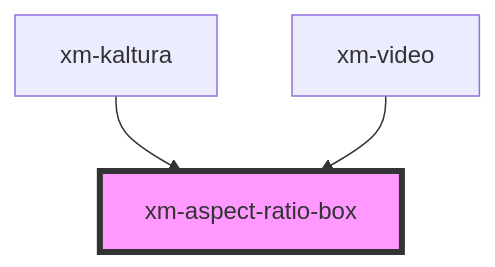
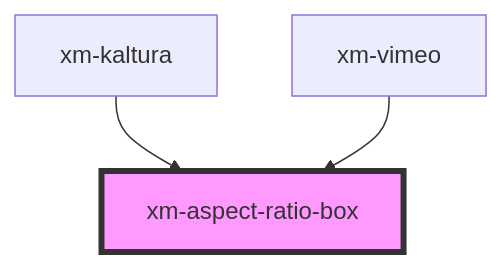
One commit to openHPI/xikolo-video-player changed the diagram in src/components/aspect-ratio-box/readme.md. Above: the diagram before and after it, drawn with Mermaid. The commit also changed other lines of this file and 3 other files, not shown here.

````diff
--- a/src/components/aspect-ratio-box/readme.md
+++ b/src/components/aspect-ratio-box/readme.md
@@ -23,6 +23,6 @@
 ```mermaid
 graph TD;
   xm-kaltura --> xm-aspect-ratio-box
-  xm-video --> xm-aspect-ratio-box
+  xm-vimeo --> xm-aspect-ratio-box
   style xm-aspect-ratio-box fill:#f9f,stroke:#333,stroke-width:4px
 ```
````
